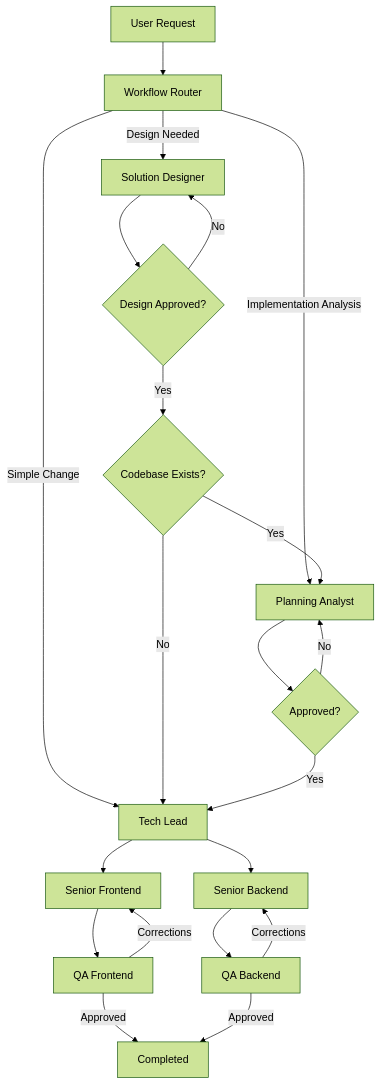
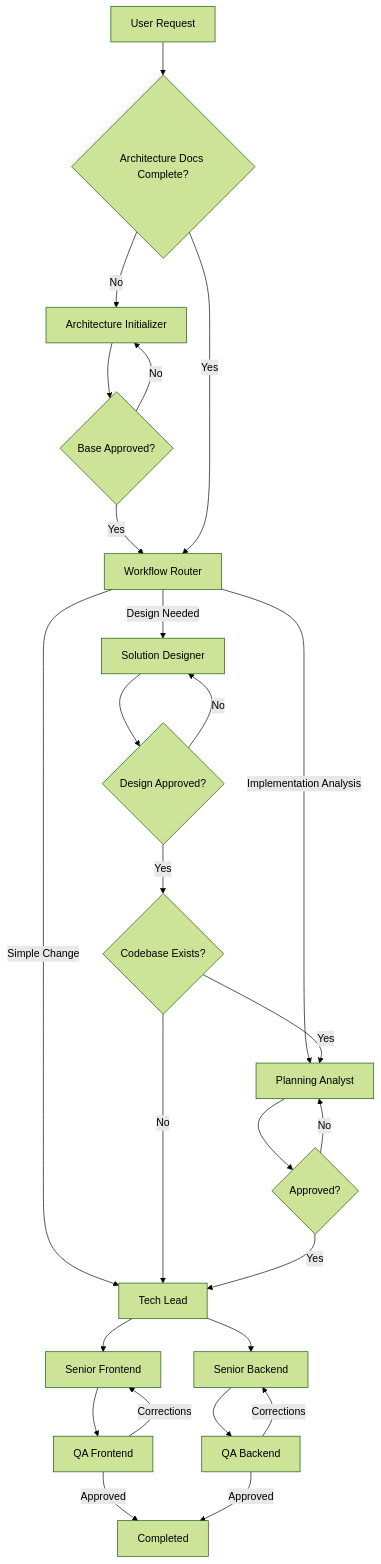
One commit to Xounder/delivery-pipeline changed the diagram in skills/delivery-pipeline/SKILL.md. Above: the diagram before and after it, drawn with Mermaid (forest theme). The commit also changed other lines of this file and 15 other files, not shown here.

````diff
--- a/skills/delivery-pipeline/SKILL.md
+++ b/skills/delivery-pipeline/SKILL.md
@@ -165,35 +176,44 @@
 ```mermaid
 flowchart TD
 
 A[User Request]
---> B[Workflow Router]
+--> AI{Architecture Docs Complete?}
+
+AI -->|No| ABI[Architecture Initializer]
+
+ABI --> ABI_APPROVAL{Base Approved?}
+
+ABI_APPROVAL -->|No| ABI
+ABI_APPROVAL -->|Yes| B[Workflow Router]
+
+AI -->|Yes| B[Workflow Router]
 
 B -->|Design Needed| SD[Solution Designer]
 B -->|Implementation Analysis| PA[Planning Analyst]
 B -->|Simple Change| TL[Tech Lead]
 
 SD --> SD_APPROVAL{Design Approved?}
 
 SD_APPROVAL -->|No| SD
 SD_APPROVAL -->|Yes| CB{Codebase Exists?}
 
 CB -->|Yes| PA
 CB -->|No| TL
 
 PA --> PA_APPROVAL{Approved?}
 
 PA_APPROVAL -->|No| PA
 PA_APPROVAL -->|Yes| TL
 
 TL --> FE[Senior Frontend]
 TL --> BE[Senior Backend]
 
 FE --> QAFE[QA Frontend]
 BE --> QABE[QA Backend]
 
 QAFE -->|Corrections| FE
 QABE -->|Corrections| BE
 
 QAFE -->|Approved| DONE[Completed]
 QABE -->|Approved| DONE
 ```
````
